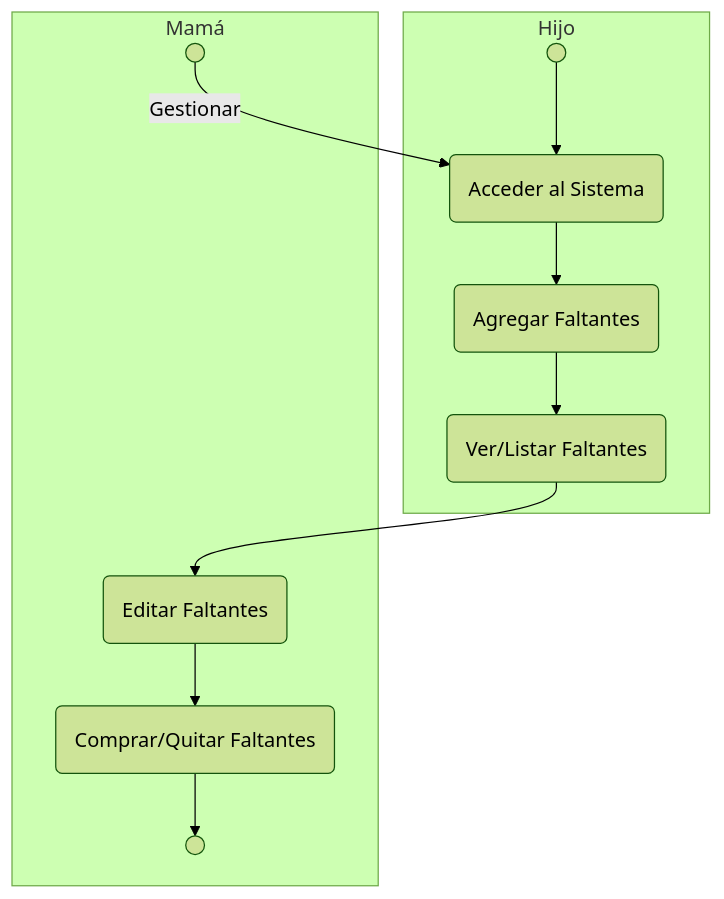
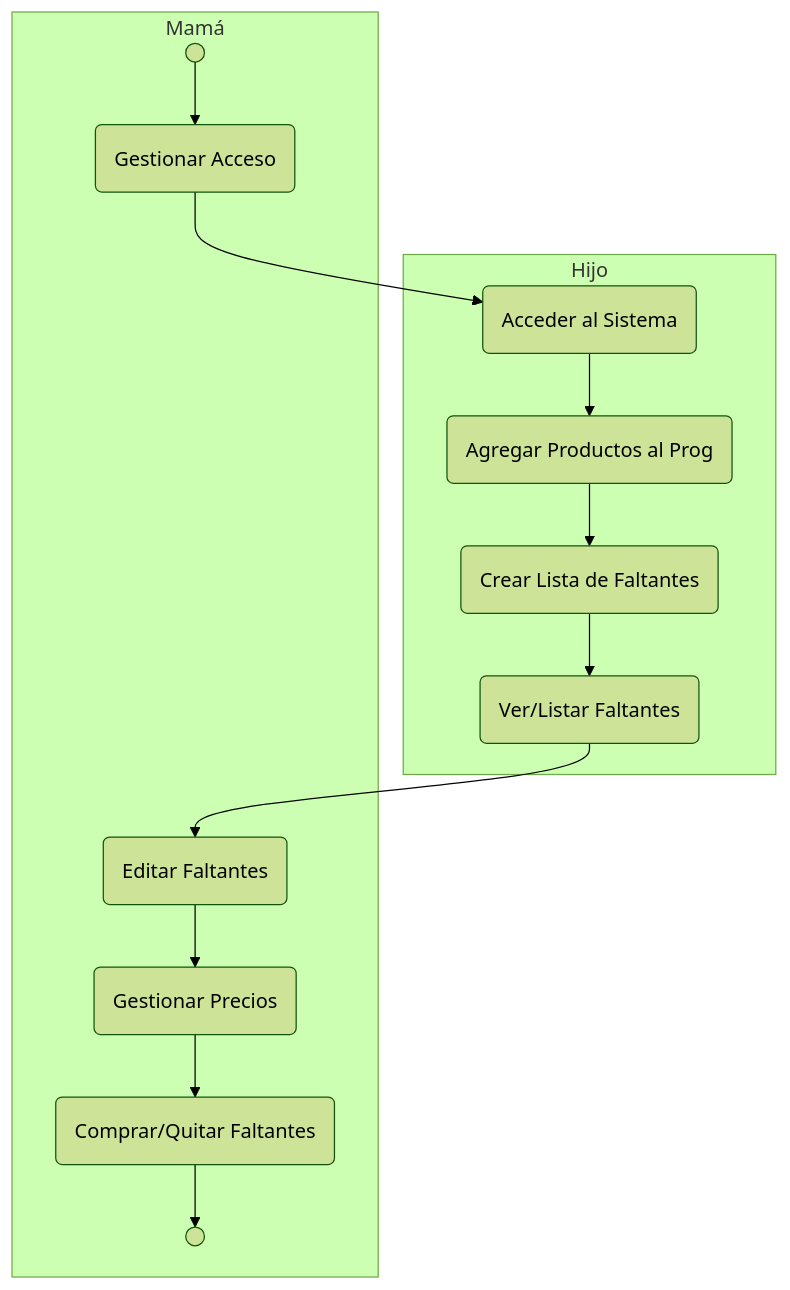
The first of 3 diagrams in README.md (LocoUnPocoNadaMas/Lista-Compras), drawn with Mermaid (forest theme) before and after one commit. The commit also changed other lines of this file, not shown here.

````diff
--- a/README.md
+++ b/README.md
@@ -174,22 +174,26 @@
 ```mermaid
 graph TD
     subgraph Hijo
-    A(( )) 
-    B(Acceder al Sistema)
-    C(Agregar Faltantes)
+    A(Acceder al Sistema)
+    B(Agregar Productos al Prog)
+    C(Crear Lista de Faltantes)
     D(Ver/Listar Faltantes)
     A --> B
     B --> C
     C --> D
     end
     subgraph Mamá
     Z(( ))
-    Y(Comprar/Quitar Faltantes)
+    Y(Gestionar Acceso)
     X(Editar Faltantes)
-    W(( ))
-    Z -->|Gestionar| B
+    W(Gestionar Precios)
+    V(Comprar/Quitar Faltantes)
+    U(( ))
+    Z --> Y
+    Y --> A
     D --> X
-    X --> Y
-    Y --> W
+    X --> W
+    W --> V
+    V --> U
     end
 ```
````
